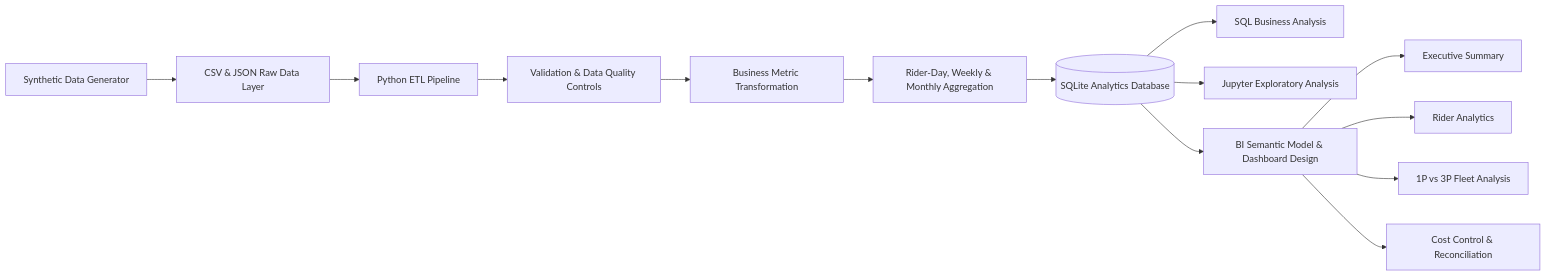
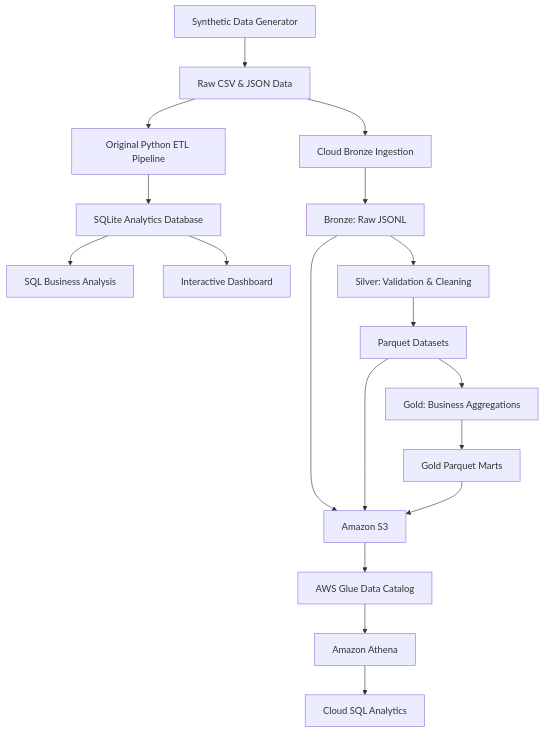
One commit to ms1706g/Delivery-Operations-Analytics-Dashboard- changed the first of 2 diagrams in README.md. Above: the diagram before and after it, drawn with Mermaid. The commit also changed other lines of this file, not shown here.

````diff
--- a/README.md
+++ b/README.md
@@ -55,18 +73,23 @@
 ```mermaid
-flowchart LR
-    A["Synthetic Data Generator"] --> B["CSV & JSON Raw Data Layer"]
-    B --> C["Python ETL Pipeline"]
-    C --> D["Validation & Data Quality Controls"]
-    D --> E["Business Metric Transformation"]
-    E --> F["Rider-Day, Weekly & Monthly Aggregation"]
-    F --> G[("SQLite Analytics Database")]
+flowchart TD
+    A["Synthetic Data Generator"] --> B["Raw CSV & JSON Data"]
+    B --> C["Original Python ETL Pipeline"]
+    C --> D["SQLite Analytics Database"]
+    D --> E["SQL Business Analysis"]
+    D --> F["Interactive Dashboard"]
 
-    G --> H["SQL Business Analysis"]
-    G --> I["Jupyter Exploratory Analysis"]
-    G --> J["BI Semantic Model & Dashboard Design"]
+    B --> G["Cloud Bronze Ingestion"]
+    G --> H["Bronze: Raw JSONL"]
+    H --> I["Silver: Validation & Cleaning"]
+    I --> J["Parquet Datasets"]
+    J --> K["Gold: Business Aggregations"]
+    K --> L["Gold Parquet Marts"]
 
-    J --> K["Executive Summary"]
-    J --> L["Rider Analytics"]
-    J --> M["1P vs 3P Fleet Analysis"]
-    J --> N["Cost Control & Reconciliation"]
+    H --> M["Amazon S3"]
+    J --> M
+    L --> M
+
+    M --> N["AWS Glue Data Catalog"]
+    N --> O["Amazon Athena"]
+    O --> P["Cloud SQL Analytics"]
 ```
````
